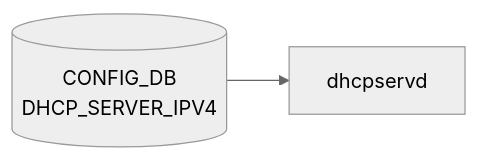
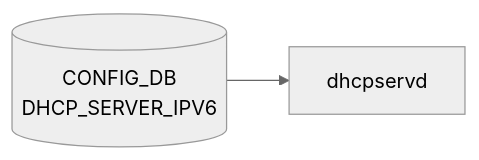
One commit to aoki-taquan/sonic-unofficial-docs changed the diagram in docs/reference/config-db/dhcp-server-ipv6.md. Above: the diagram before and after it, drawn with Mermaid (neutral theme). The commit also changed 2 other files, not shown here.

Commit message:
review: batch 083 fixes for DHCP relay/server pages
- dhcp-relay.md: fix IPv4 relay description (DHCPV4_RELAY not DHCP_SERVER_IPV4), fix ops-hint field names (rfc3046_compatibility→rfc6939_support, dhcp_servers→dhcpv6_servers), fix confirm command (show dhcp_relay destination ipv6)
- dhcp-server-ipv6.md: fix mermaid diagram label (DHCP_SERVER_IPV4→DHCP_SERVER_IPV6)
- dhcpv4-relay.md: fix ops-hint key format (DHCP_RELAY→DHCPV4_RELAY) and field name (dhcp_servers→dhcpv4_servers)

````diff
--- a/docs/reference/config-db/dhcp-server-ipv6.md
+++ b/docs/reference/config-db/dhcp-server-ipv6.md
@@ -44,6 +44,6 @@
 ```mermaid
 flowchart LR
-  CDB[("CONFIG_DB<br/>DHCP_SERVER_IPV4")]
+  CDB[("CONFIG_DB<br/>DHCP_SERVER_IPV6")]
   DM["dhcpservd"]
   CDB --> DM
 ```
````
